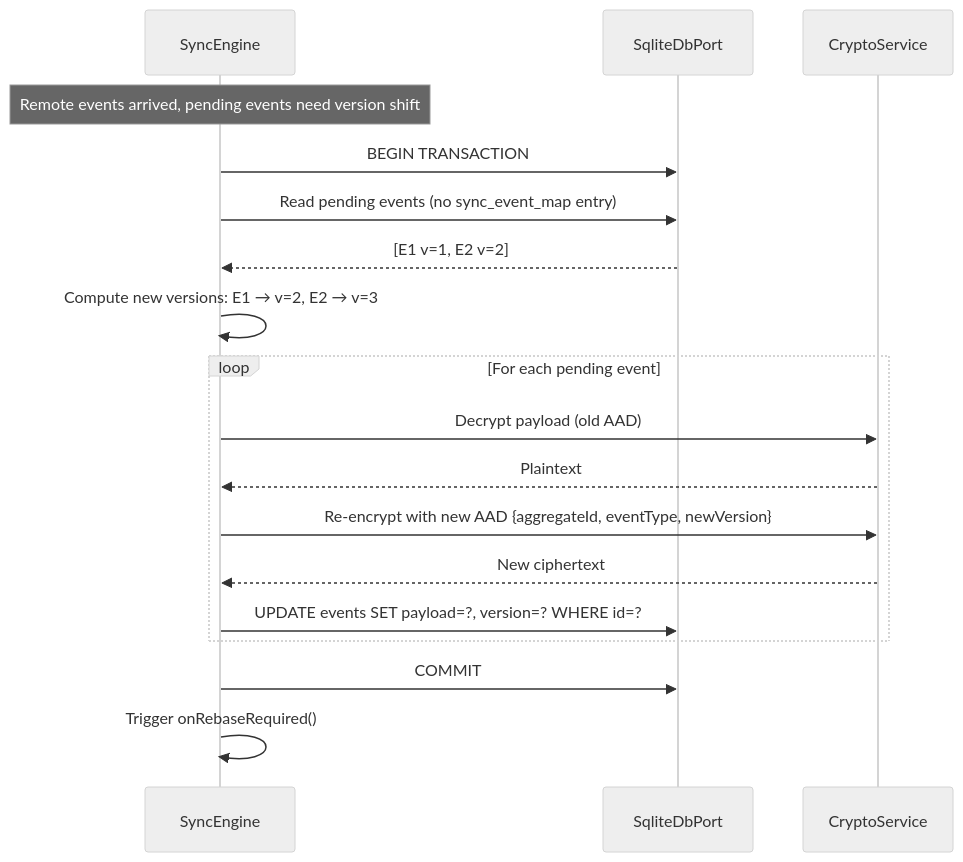
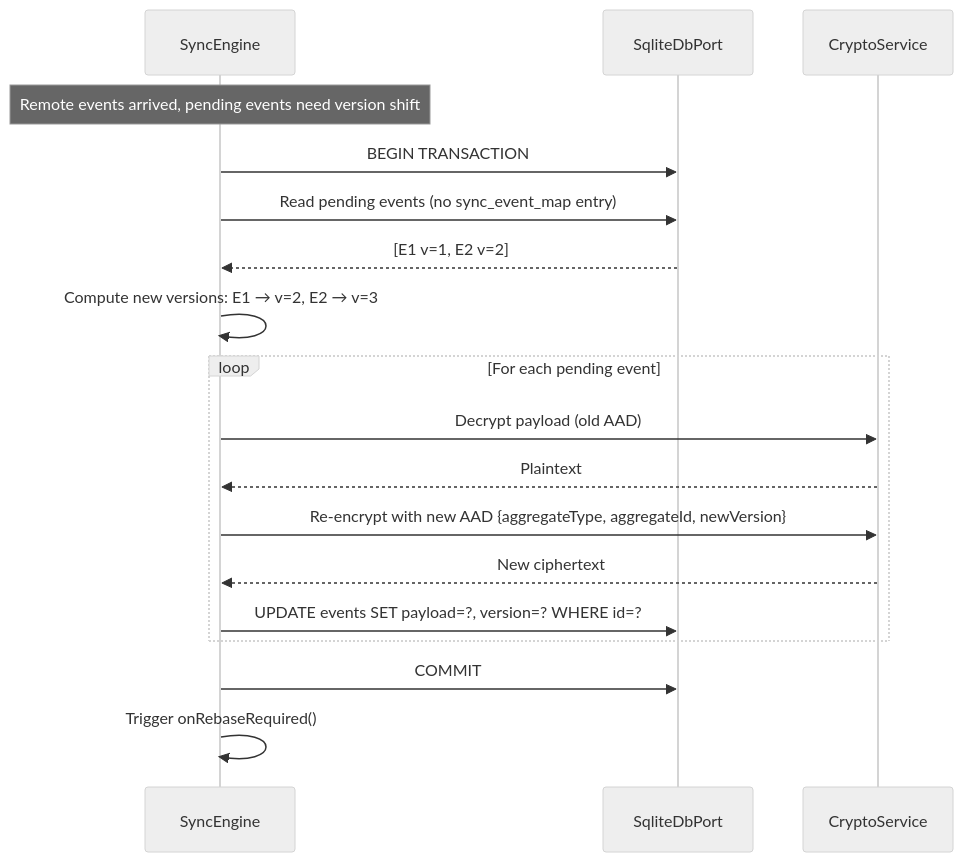
Before and after one commit to chronologion/mo-local: the ninth of 10 diagrams in docs/rfcs/rfc-20251228-livestore-replacement.md, drawn with Mermaid (neutral theme). The commit also changed other lines of this file and 15 other files, not shown here.

````diff
--- a/docs/rfcs/rfc-20251228-livestore-replacement.md
+++ b/docs/rfcs/rfc-20251228-livestore-replacement.md
@@ -1861,25 +1861,25 @@
 ```mermaid
 sequenceDiagram
   participant Sync as SyncEngine
   participant DB as SqliteDbPort
   participant Crypto as CryptoService
 
   Note over Sync: Remote events arrived, pending events need version shift
 
   Sync->>DB: BEGIN TRANSACTION
   Sync->>DB: Read pending events (no sync_event_map entry)
   DB-->>Sync: [E1 v=1, E2 v=2]
 
   Sync->>Sync: Compute new versions: E1 → v=2, E2 → v=3
 
   loop For each pending event
     Sync->>Crypto: Decrypt payload (old AAD)
     Crypto-->>Sync: Plaintext
-    Sync->>Crypto: Re-encrypt with new AAD {aggregateId, eventType, newVersion}
+    Sync->>Crypto: Re-encrypt with new AAD {aggregateType, aggregateId, newVersion}
     Crypto-->>Sync: New ciphertext
     Sync->>DB: UPDATE events SET payload=?, version=? WHERE id=?
   end
 
   Sync->>DB: COMMIT
   Sync->>Sync: Trigger onRebaseRequired()
 ```
````
